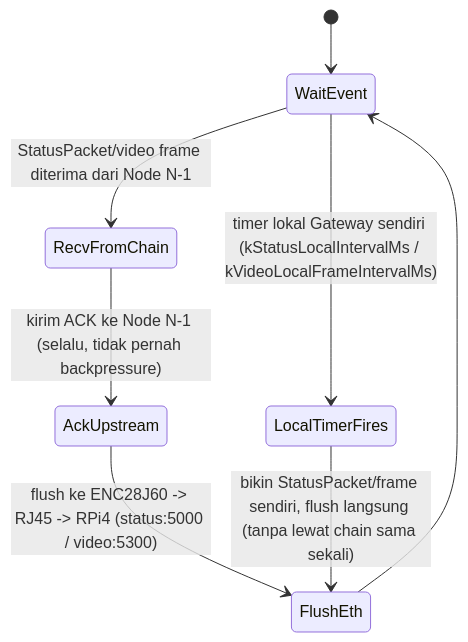
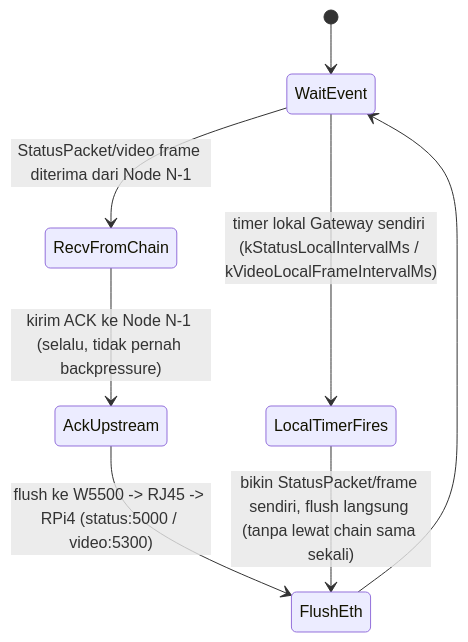
One commit to AndhikaFW/ESP32-S3-RAP changed the second of 2 diagrams in docs/network/topology.md. Above: the diagram before and after it, drawn with Mermaid. The commit also changed other lines of this file and 21 other files, not shown here.

First line of the commit message:
Harden WiFi chain: video heartbeat/timeouts, queued status uplink, stats logging, self-test; W5500 docs

````diff
--- a/docs/network/topology.md
+++ b/docs/network/topology.md
@@ -78,10 +78,10 @@
 ```mermaid
 stateDiagram-v2
     [*] --> WaitEvent
     WaitEvent --> RecvFromChain: StatusPacket/video frame diterima dari Node N-1
     RecvFromChain --> AckUpstream: kirim ACK ke Node N-1 (selalu, tidak pernah backpressure)
-    AckUpstream --> FlushEth: flush ke ENC28J60 -> RJ45 -> RPi4 (status:5000 / video:5300)
+    AckUpstream --> FlushEth: flush ke W5500 -> RJ45 -> RPi4 (status:5000 / video:5300)
     FlushEth --> WaitEvent
     WaitEvent --> LocalTimerFires: timer lokal Gateway sendiri (kStatusLocalIntervalMs / kVideoLocalFrameIntervalMs)
     LocalTimerFires --> FlushEth: bikin StatusPacket/frame sendiri, flush langsung (tanpa lewat chain sama sekali)
 ```
````
